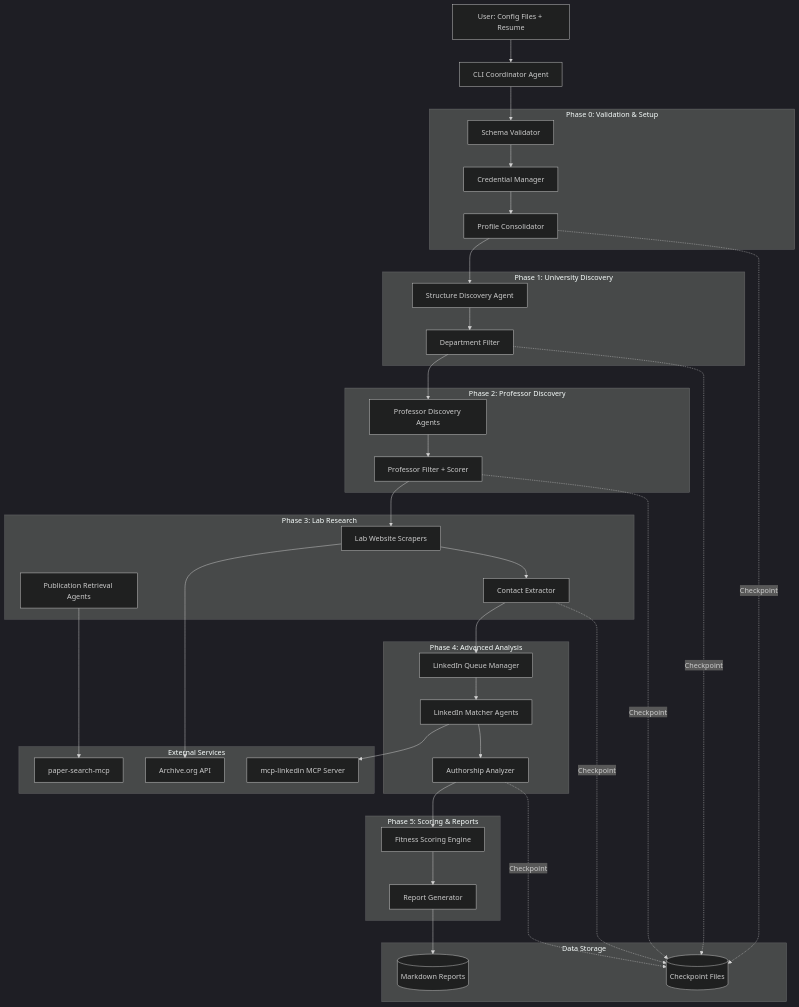
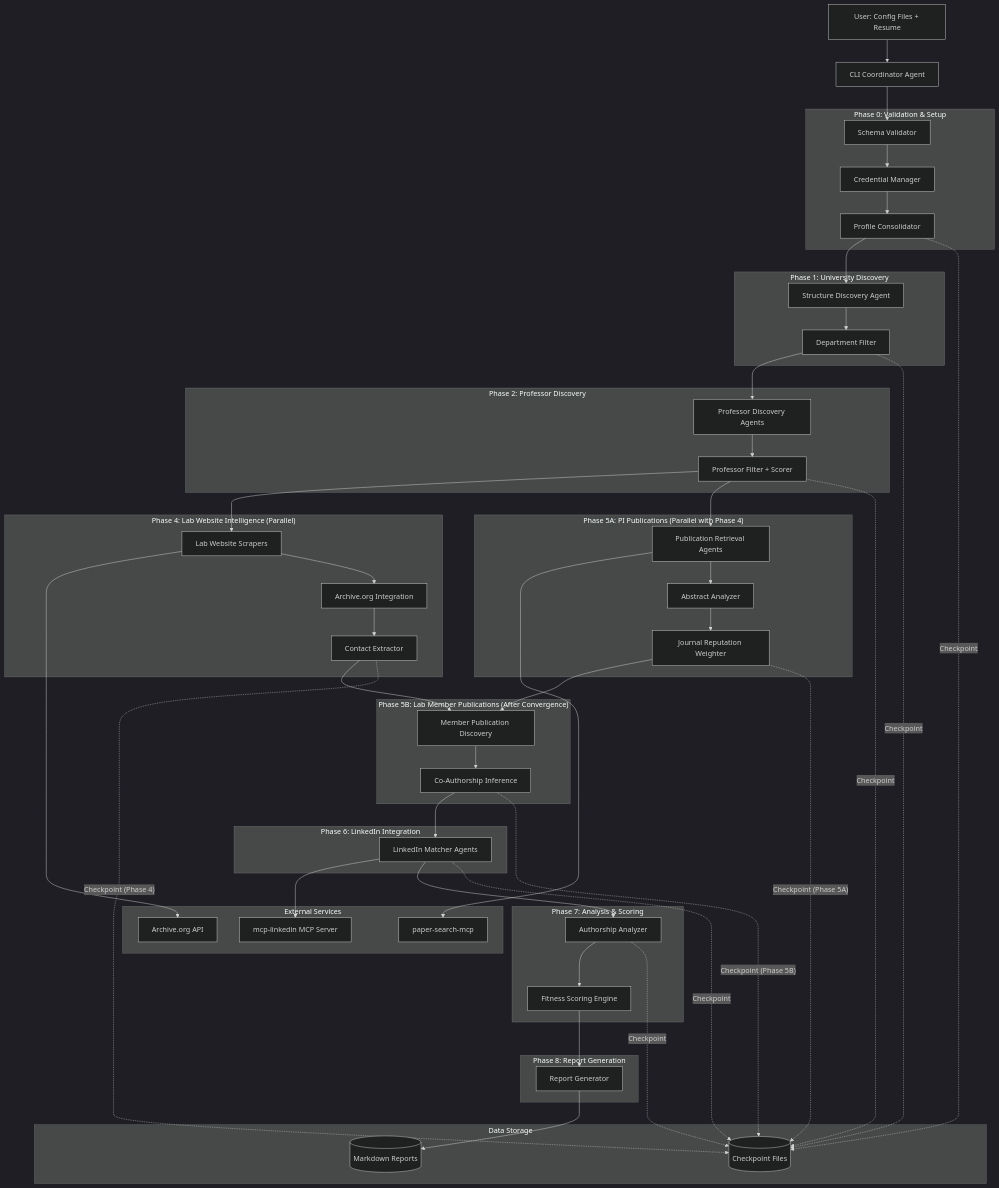
The first of 6 diagrams in docs/architecture.md (dingyifei/lab-finder), drawn with Mermaid (dark theme) before and after one commit. The commit also changed other lines of this file and 60 other files, not shown here.

````diff
--- a/docs/architecture.md
+++ b/docs/architecture.md
@@ -90,20 +98,33 @@
         ProfFilter[Professor Filter + Scorer]
     end
 
-    subgraph "Phase 3: Lab Research"
+    subgraph "Phase 4: Lab Website Intelligence (Parallel)"
         WebAgent[Lab Website Scrapers]
-        PubAgent[Publication Retrieval Agents]
+        ArchiveAgent[Archive.org Integration]
         ContactExt[Contact Extractor]
     end
 
-    subgraph "Phase 4: Advanced Analysis"
-        LinkedInQ[LinkedIn Queue Manager]
-        LinkedInAgent[LinkedIn Matcher Agents]
-        AuthorAnalyzer[Authorship Analyzer]
+    subgraph "Phase 5A: PI Publications (Parallel with Phase 4)"
+        PubAgent[Publication Retrieval Agents]
+        AbstractAnalyzer[Abstract Analyzer]
+        JournalWeighter[Journal Reputation Weighter]
     end
 
-    subgraph "Phase 5: Scoring & Reports"
+    subgraph "Phase 5B: Lab Member Publications (After Convergence)"
+        MemberPubAgent[Member Publication Discovery]
+        MemberInference[Co-Authorship Inference]
+    end
+
+    subgraph "Phase 6: LinkedIn Integration"
+        LinkedInAgent[LinkedIn Matcher Agents]
+    end
+
+    subgraph "Phase 7: Analysis & Scoring"
+        AuthorAnalyzer[Authorship Analyzer]
         FitnessScorer[Fitness Scoring Engine]
+    end
+
+    subgraph "Phase 8: Report Generation"
         ReportGen[Report Generator]
     end
 
@@ -127,24 +148,39 @@
     StructAgent --> DeptFilter
     DeptFilter --> ProfAgent
     ProfAgent --> ProfFilter
+
+    %% Parallel Execution: Phase 4 and Phase 5A
     ProfFilter --> WebAgent
+    ProfFilter --> PubAgent
 
     WebAgent --> Archive
-    WebAgent --> ContactExt
+    WebAgent --> ArchiveAgent
+    ArchiveAgent --> ContactExt
+
     PubAgent --> PaperMCP
+    PubAgent --> AbstractAnalyzer
+    AbstractAnalyzer --> JournalWeighter
 
-    ContactExt --> LinkedInQ
-    LinkedInQ --> LinkedInAgent
+    %% Convergence Point: Both Phase 4 and 5A must complete
+    ContactExt --> MemberPubAgent
+    JournalWeighter --> MemberPubAgent
+
+    MemberPubAgent --> MemberInference
+    MemberInference --> LinkedInAgent
     LinkedInAgent --> LinkedIn
+
     LinkedInAgent --> AuthorAnalyzer
-
     AuthorAnalyzer --> FitnessScorer
     FitnessScorer --> ReportGen
     ReportGen --> Reports
 
+    %% Checkpoints
     Profile -.Checkpoint.-> Checkpoints
     DeptFilter -.Checkpoint.-> Checkpoints
     ProfFilter -.Checkpoint.-> Checkpoints
-    ContactExt -.Checkpoint.-> Checkpoints
+    ContactExt -.Checkpoint (Phase 4).-> Checkpoints
+    JournalWeighter -.Checkpoint (Phase 5A).-> Checkpoints
+    MemberInference -.Checkpoint (Phase 5B).-> Checkpoints
+    LinkedInAgent -.Checkpoint.-> Checkpoints
     AuthorAnalyzer -.Checkpoint.-> Checkpoints
 ```
````
